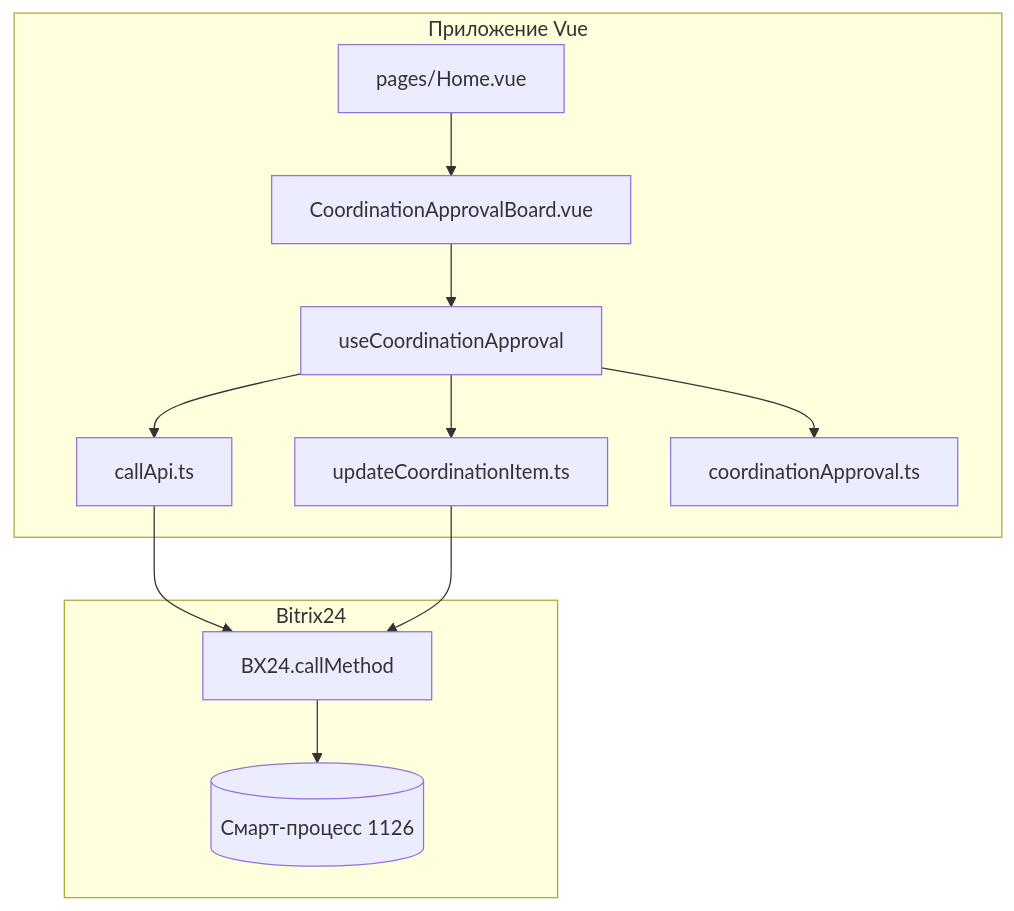
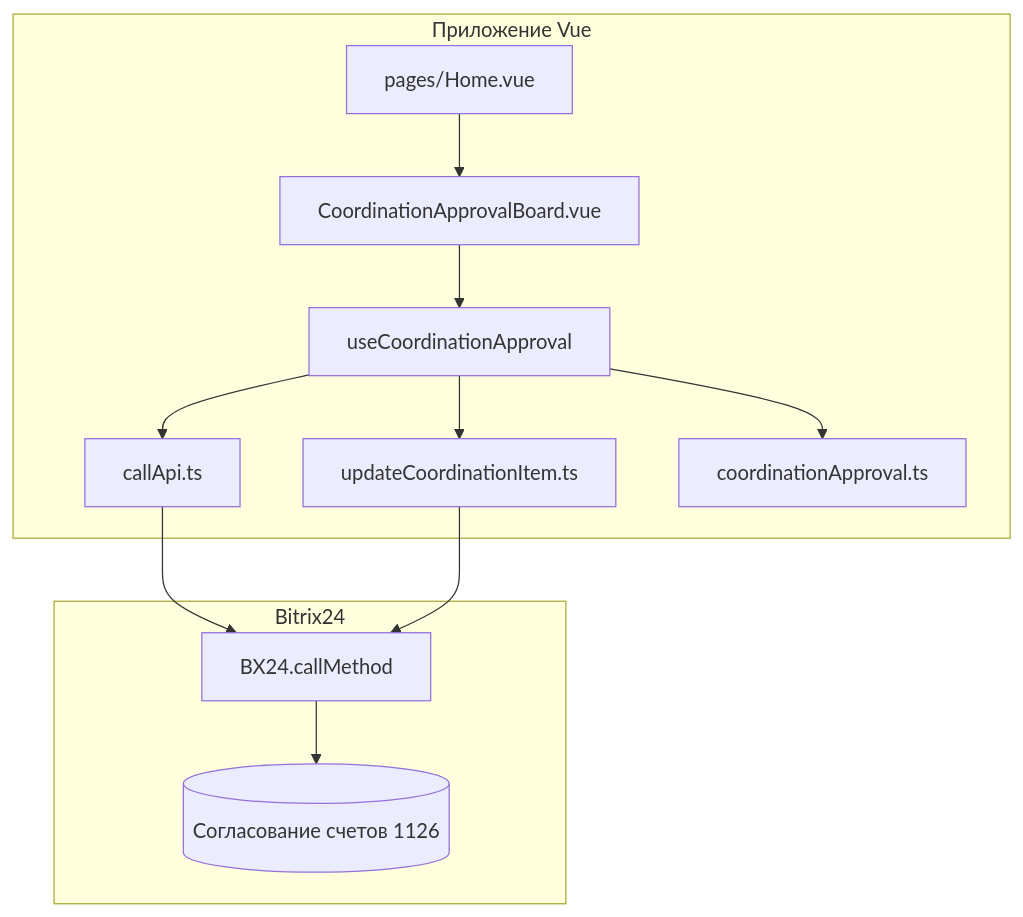
The diagram in README.md (timofeyshumakov/coordination-task), drawn with Mermaid before and after one commit. The commit also changed other lines of this file, not shown here.

````diff
--- a/README.md
+++ b/README.md
@@ -106,25 +108,25 @@
 ```mermaid
 flowchart TB
   subgraph bitrix [Bitrix24]
     BX24[BX24.callMethod]
-    CRM[(Смарт-процесс 1126)]
+    CRM[(Согласование счетов 1126)]
   end
 
   subgraph app [Приложение Vue]
     Home[pages/Home.vue]
     Board[CoordinationApprovalBoard.vue]
     Composable[useCoordinationApproval]
     CallApi[callApi.ts]
     UpdateItem[updateCoordinationItem.ts]
     Constants[coordinationApproval.ts]
   end
 
   Home --> Board
   Board --> Composable
   Composable --> Constants
   Composable --> CallApi
   Composable --> UpdateItem
   CallApi --> BX24
   UpdateItem --> BX24
   BX24 --> CRM
 ```
````
